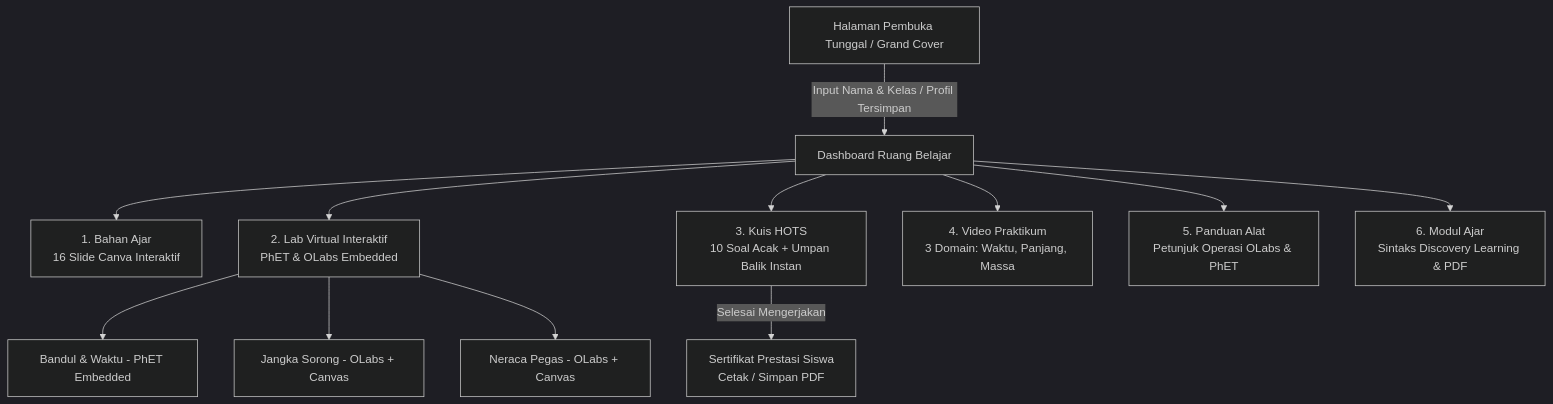
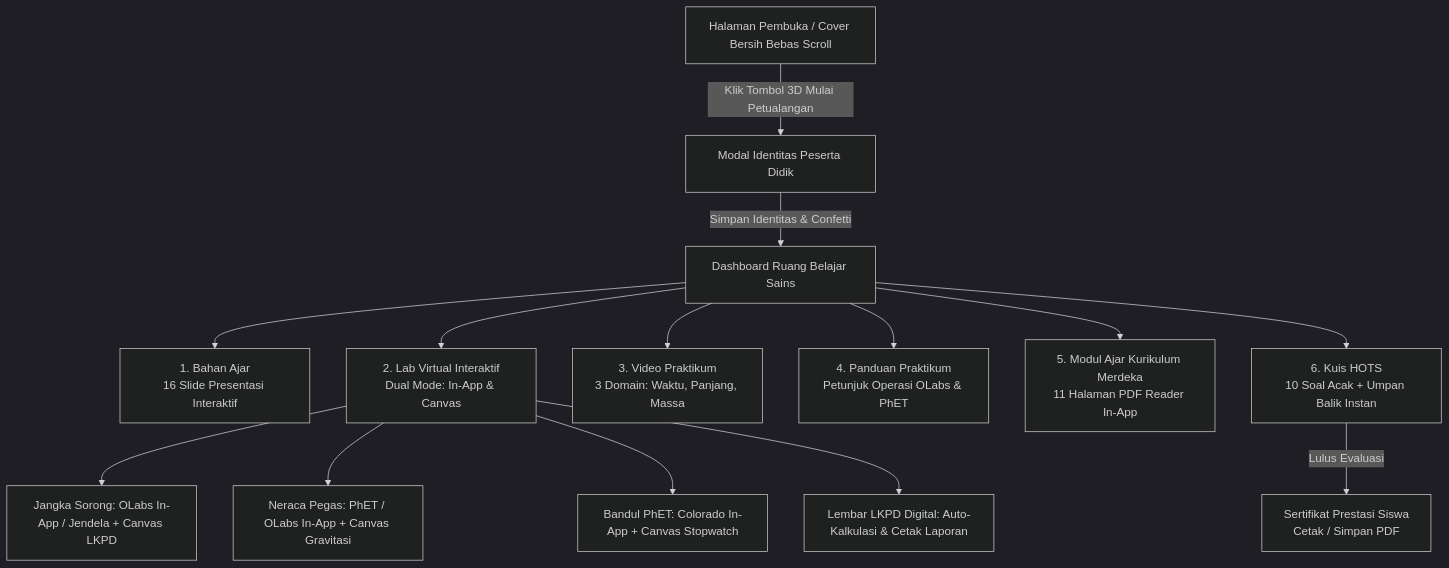
The diagram in README.md (salman-mustapa/projects-01), drawn with Mermaid (dark theme) before and after one commit. The commit also changed other lines of this file and 17 other files, not shown here.

Commit message:
feat: implement dual-mode virtual labs (OLabs/PhET embedded + offline canvas), zero-scroll cover onboarding, and comprehensive deployment support

````diff
--- a/README.md
+++ b/README.md
@@ -16,17 +16,19 @@
 ```mermaid
 flowchart TD
-    A[Halaman Pembuka Tunggal / Grand Cover] -->|Input Nama & Kelas / Profil Tersimpan| B[Dashboard Ruang Belajar]
+    A[Halaman Pembuka / Cover Bersih Bebas Scroll] -->|Klik Tombol 3D Mulai Petualangan| B[Modal Identitas Peserta Didik]
+    B -->|Simpan Identitas & Confetti| C[Dashboard Ruang Belajar Sains]
     
-    B --> C[1. Bahan Ajar\n16 Slide Canva Interaktif]
-    B --> D[2. Lab Virtual Interaktif\nPhET & OLabs Embedded]
-    B --> E[3. Kuis HOTS\n10 Soal Acak + Umpan Balik Instan]
-    B --> F[4. Video Praktikum\n3 Domain: Waktu, Panjang, Massa]
-    B --> G[5. Panduan Alat\nPetunjuk Operasi OLabs & PhET]
-    B --> H[6. Modul Ajar\nSintaks Discovery Learning & PDF]
+    C --> D[1. Bahan Ajar\n16 Slide Presentasi Interaktif]
+    C --> E[2. Lab Virtual Interaktif\nDual Mode: In-App & Canvas]
+    C --> F[3. Video Praktikum\n3 Domain: Waktu, Panjang, Massa]
+    C --> G[4. Panduan Praktikum\nPetunjuk Operasi OLabs & PhET]
+    C --> H[5. Modul Ajar Kurikulum Merdeka\n11 Halaman PDF Reader In-App]
+    C --> I[6. Kuis HOTS\n10 Soal Acak + Umpan Balik Instan]
     
-    D --> D1[Bandul & Waktu - PhET Embedded]
-    D --> D2[Jangka Sorong - OLabs + Canvas]
-    D --> D3[Neraca Pegas - OLabs + Canvas]
+    E --> E1[Jangka Sorong: OLabs In-App / Jendela + Canvas LKPD]
+    E --> E2[Neraca Pegas: PhET / OLabs In-App + Canvas Gravitasi]
+    E --> E3[Bandul PhET: Colorado In-App + Canvas Stopwatch]
+    E --> E4[Lembar LKPD Digital: Auto-Kalkulasi & Cetak Laporan]
     
-    E -->|Selesai Mengerjakan| I[Sertifikat Prestasi Siswa\nCetak / Simpan PDF]
+    I -->|Lulus Evaluasi| J[Sertifikat Prestasi Siswa\nCetak / Simpan PDF]
 ```
````
